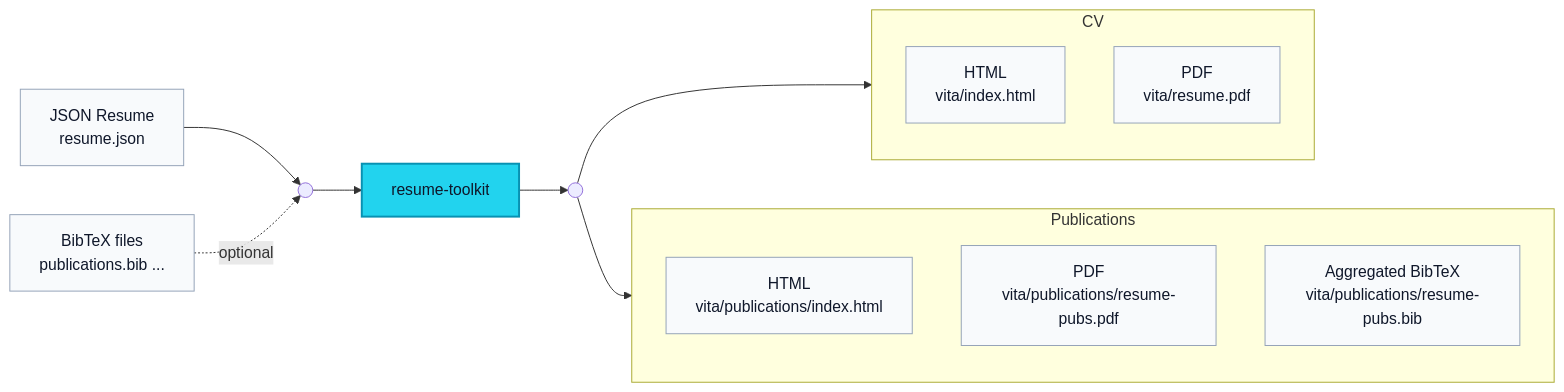
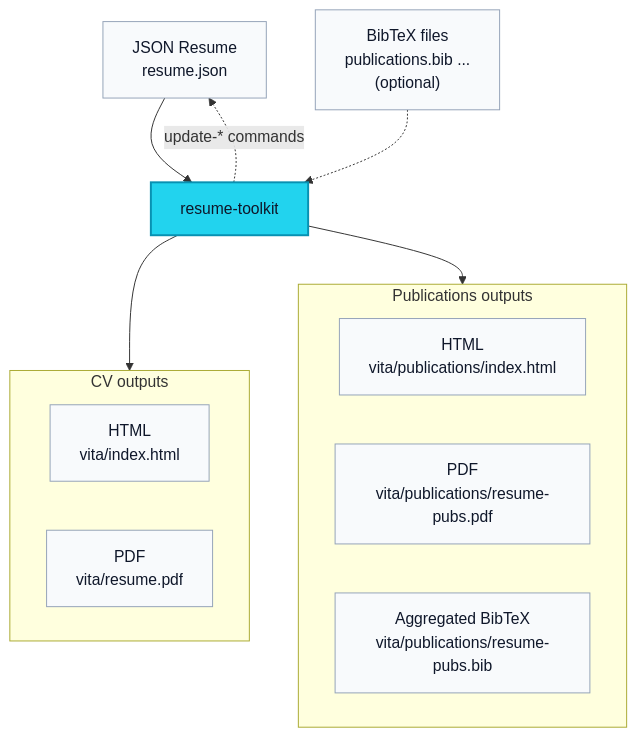
One commit to zzamboni/resume-toolkit changed the diagram in README.md. Above: the diagram before and after it, drawn with Mermaid. The commit also changed other lines of this file, not shown here.

````diff
--- a/README.md
+++ b/README.md
@@ -14,29 +16,28 @@
 ``` mermaid
-flowchart LR
-      A[JSON Resume<br/>resume.json] --> L(( ))
-      B[BibTeX files<br/>publications.bib ...] -. optional .-> L
-      L --> C[resume-toolkit]
-      C --> R(( ))
-
-      subgraph CV[CV]
+flowchart TD
+      A[JSON Resume<br/>resume.json] --> C[resume-toolkit]
+      B["BibTeX files<br/>publications.bib ...<br/>(optional)"] .-> C
+      C -. update-* commands .-> A
+      
+      subgraph CV[CV outputs]
           D[HTML<br/>vita/index.html]
           E[PDF<br/>vita/resume.pdf]
       end
 
-      subgraph PUBS[Publications]
+      subgraph PUBS[Publications outputs]
           F[HTML<br/>vita/publications/index.html]
           G[PDF<br/>vita/publications/resume-pubs.pdf]
           H[Aggregated BibTeX<br/>vita/publications/resume-pubs.bib]
       end
 
-      R --> CV
-      R --> PUBS
+      C --> CV
+      C --> PUBS
 
       classDef toolkit fill:#22d3ee,color:#0f172a,stroke:#0891b2,stroke-width:2px;
       classDef io fill:#f8fafc,color:#0f172a,stroke:#94a3b8;
       classDef hidden fill:none,stroke:none;
 
       class C toolkit;
       class A,B,D,E,F,G,H io;
       class L,R dot;
 ```
````
